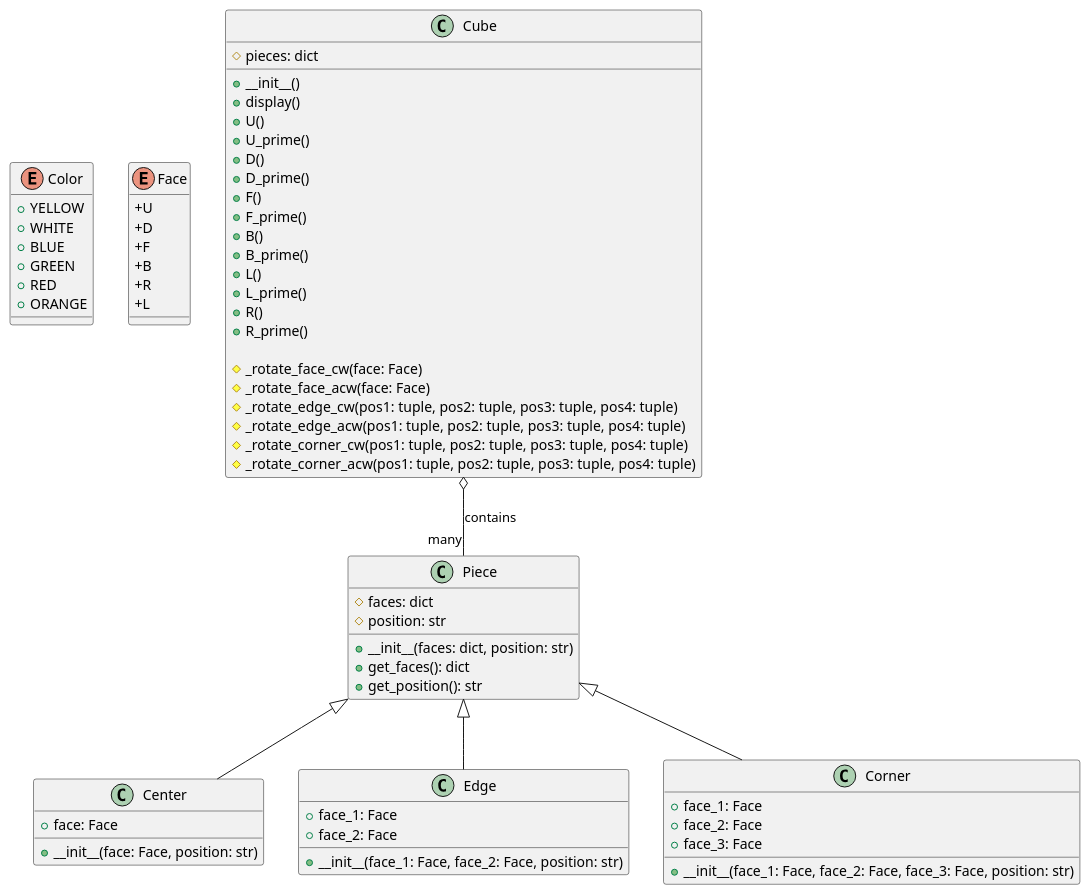
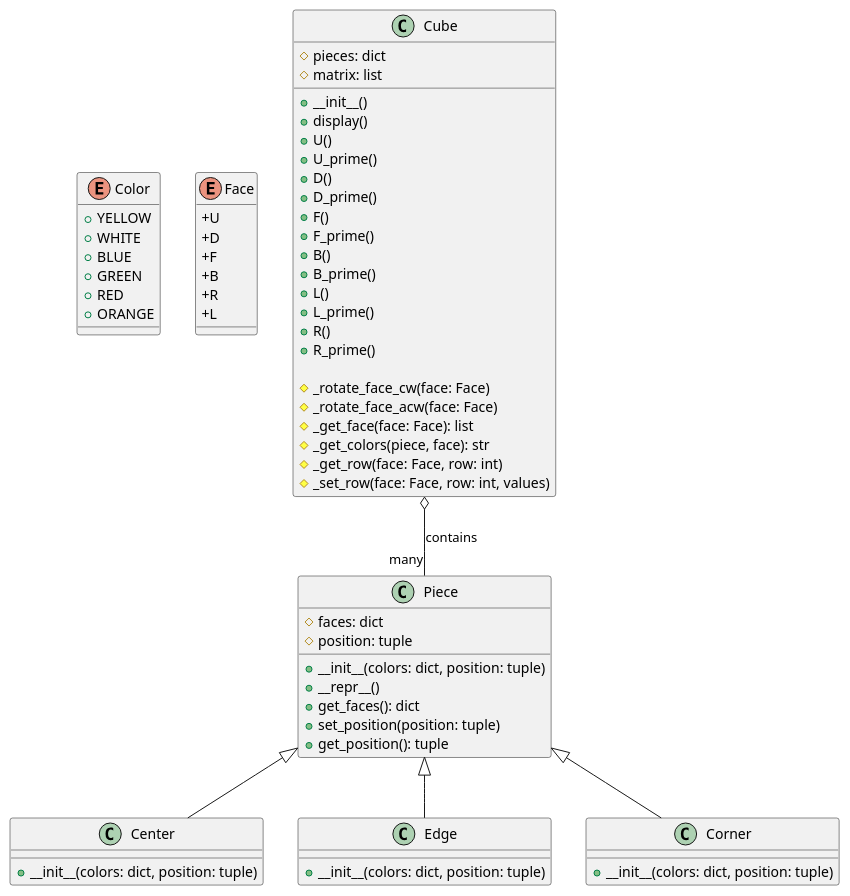
Before and after one commit to FuriousFire05/rubix-cube-solver: the diagram in uml/rubix_cube.puml, drawn with PlantUML.

Commit message:
Updated UML Diagram of the project

```diff
--- a/uml/rubix_cube.puml
+++ b/uml/rubix_cube.puml
@@ -3,86 +3,84 @@
 @startuml rubix_cube
 
 ' Define Color Enum
 enum Color {
   +YELLOW
   +WHITE
   +BLUE
   +GREEN
   +RED
   +ORANGE
 }
 
 ' Define Face Enum
 enum Face {
   +U
   +D
   +F
   +B
   +R
   +L
 }
 
 ' Define Piece Class
 class Piece {
   #faces: dict
-  #position: str
-  +__init__(faces: dict, position: str)
+  #position: tuple
+
+  +__init__(colors: dict, position: tuple)
+  +__repr__()
   +get_faces(): dict
-  +get_position(): str
+  +set_position(position: tuple)
+  +get_position(): tuple
 }
 
 ' Define Center Class (inherits from Piece)
 class Center {
-  +face: Face
-  +__init__(face: Face, position: str)
+  +__init__(colors: dict, position: tuple)
 }
 
 ' Define Edge Class (inherits from Piece)
 class Edge {
-  +face_1: Face
-  +face_2: Face
-  +__init__(face_1: Face, face_2: Face, position: str)
+  +__init__(colors: dict, position: tuple)
 }
 
 ' Define Corner Class (inherits from Piece)
 class Corner {
-  +face_1: Face
-  +face_2: Face
-  +face_3: Face
-  +__init__(face_1: Face, face_2: Face, face_3: Face, position: str)
+  +__init__(colors: dict, position: tuple)
 }
 
 ' Define Cube Class
 class Cube {
   #pieces: dict
+  #matrix: list
 
   +__init__()
   +display()
   +U()
   +U_prime()
   +D()
   +D_prime()
   +F()
   +F_prime()
   +B()
   +B_prime()
   +L()
   +L_prime()
   +R()
   +R_prime()
 
   #_rotate_face_cw(face: Face)
   #_rotate_face_acw(face: Face)
-  #_rotate_edge_cw(pos1: tuple, pos2: tuple, pos3: tuple, pos4: tuple)
-  #_rotate_edge_acw(pos1: tuple, pos2: tuple, pos3: tuple, pos4: tuple)
-  #_rotate_corner_cw(pos1: tuple, pos2: tuple, pos3: tuple, pos4: tuple)
-  #_rotate_corner_acw(pos1: tuple, pos2: tuple, pos3: tuple, pos4: tuple)
+  #_get_face(face: Face): list
+  #_get_colors(piece, face): str
+  #_get_row(face: Face, row: int)
+  #_set_row(face: Face, row: int, values)
 }
 
 ' Define relationships between classes
 Piece <|-- Center
 Piece <|-- Edge
 Piece <|-- Corner
 Cube o-- "many" Piece : contains
 
 @enduml
```
